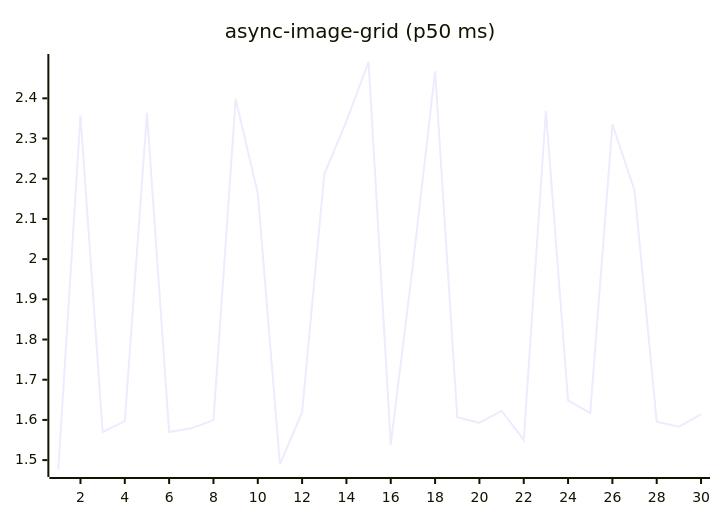
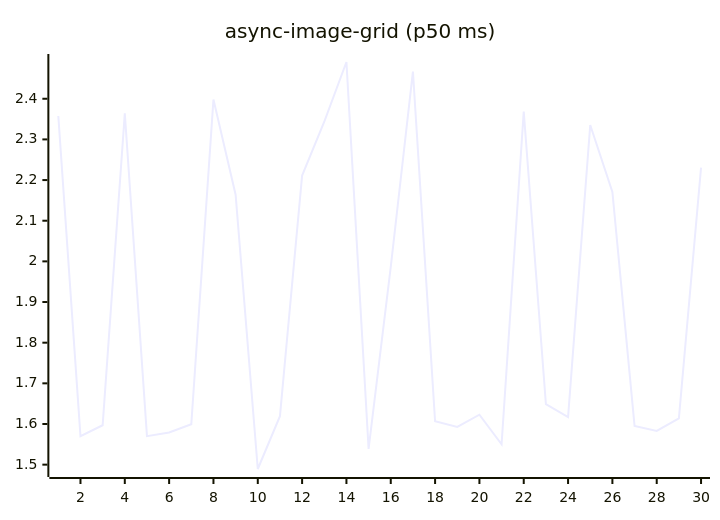
The fifth of 27 diagrams in README.md (josha/Facet), drawn with Mermaid before and after one commit. The commit also changed other lines of this file and 2 other files, not shown here.

````diff
--- a/README.md
+++ b/README.md
@@ -91,6 +91,6 @@
 ```mermaid
 xychart-beta
     title "async-image-grid (p50 ms)"
     x-axis 1 --> 30
-    line [1.4779, 2.3575, 1.5699, 1.5969, 2.3640, 1.5700, 1.5790, 1.5994, 2.3982, 2.1641, 1.4893, 1.6193, 2.2110, 2.3435, 2.4904, 1.5386, 1.9864, 2.4670, 1.6066, 1.5928, 1.6229, 1.5501, 2.3685, 1.6487, 1.6169, 2.3355, 2.1710, 1.5954, 1.5829, 1.6137]
+    line [2.3575, 1.5699, 1.5969, 2.3640, 1.5700, 1.5790, 1.5994, 2.3982, 2.1641, 1.4893, 1.6193, 2.2110, 2.3435, 2.4904, 1.5386, 1.9864, 2.4670, 1.6066, 1.5928, 1.6229, 1.5501, 2.3685, 1.6487, 1.6169, 2.3355, 2.1710, 1.5954, 1.5829, 1.6137, 2.2308]
 ```
````
